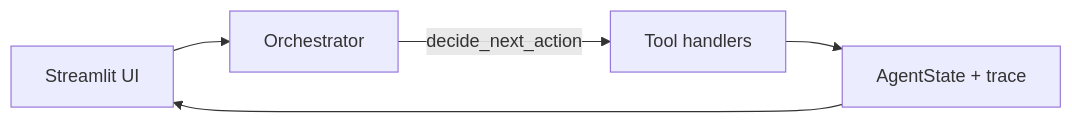
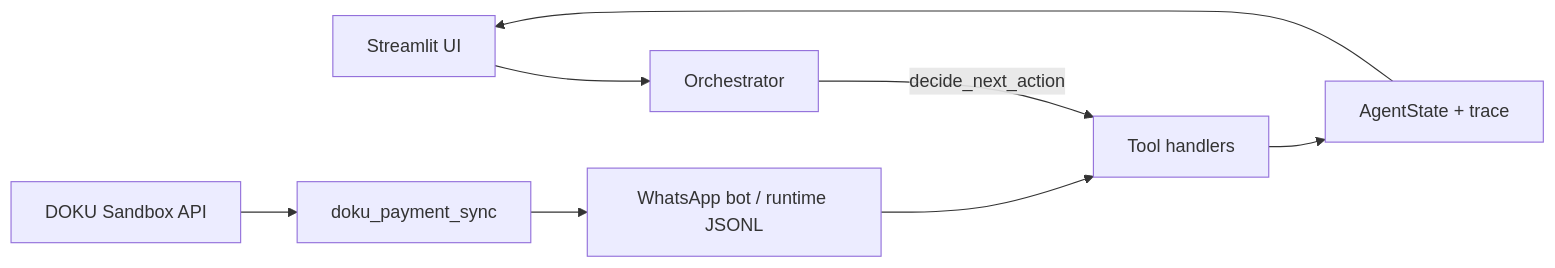
One commit to aldofahrezy/OpenClaw2026_MuhammadAldoFahrezy_WarungFlow changed the diagram in README.md. Above: the diagram before and after it, drawn with Mermaid. The commit also changed other lines of this file and 29 other files, not shown here.

First line of the commit message:
Add DOKU payment sync, Simulasi hub, and comprehensive judge docs.

````diff
--- a/README.md
+++ b/README.md
@@ -95,7 +160,10 @@
 ```mermaid
 flowchart LR
   UI[Streamlit UI] --> ORCH[Orchestrator]
   ORCH -->|decide_next_action| TOOLS[Tool handlers]
   TOOLS --> STATE[AgentState + trace]
   STATE --> UI
+  BOT[WhatsApp bot / runtime JSONL] --> TOOLS
+  DOKU[DOKU Sandbox API] --> SYNC[doku_payment_sync]
+  SYNC --> BOT
 ```
````
